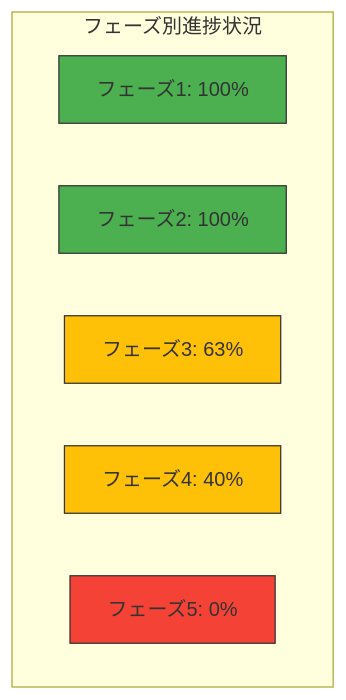
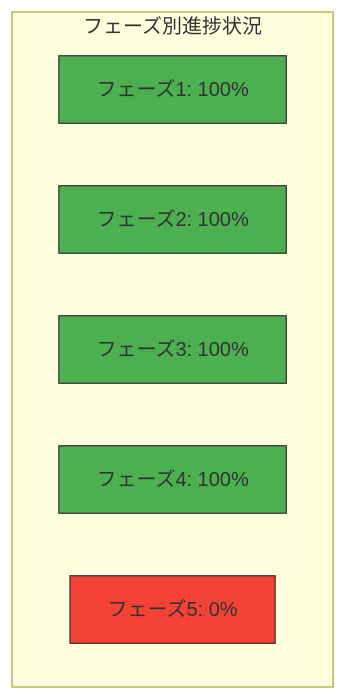
Before and after one commit to ToyB0x/git-resume: the second of 2 diagrams in docs/PLAN_AND_PROGRESS.md, drawn with Mermaid. The commit also changed other lines of this file and 15 other files, not shown here.

````diff
--- a/docs/PLAN_AND_PROGRESS.md
+++ b/docs/PLAN_AND_PROGRESS.md
@@ -119,16 +138,16 @@
 ```mermaid
 graph TD
     subgraph "フェーズ別進捗状況"
-    A["フェーズ1: 100%"] 
+    A["フェーズ1: 100%"]
     B["フェーズ2: 100%"]
-    C["フェーズ3: 63%"]
-    D["フェーズ4: 40%"]
+    C["フェーズ3: 100%"]
+    D["フェーズ4: 100%"]
     E["フェーズ5: 0%"]
     end
     
     style A fill:#4CAF50,stroke:#333,stroke-width:1px
     style B fill:#4CAF50,stroke:#333,stroke-width:1px
-    style C fill:#FFC107,stroke:#333,stroke-width:1px
-    style D fill:#FFC107,stroke:#333,stroke-width:1px
+    style C fill:#4CAF50,stroke:#333,stroke-width:1px
+    style D fill:#4CAF50,stroke:#333,stroke-width:1px
     style E fill:#F44336,stroke:#333,stroke-width:1px
 ```
````
